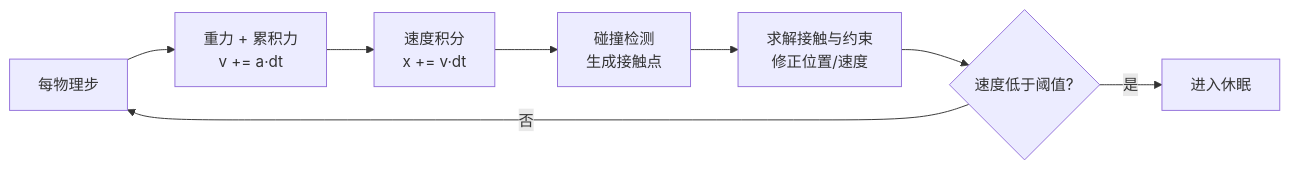
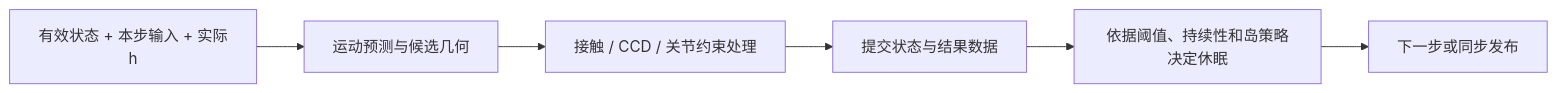
One commit to fantuan812/learning changed the fourth of 5 diagrams in 知识/04-图形动画与物理仿真/物理求解与动力学/01-Chaos物理引擎概览.md. Above: the diagram before and after it, drawn with Mermaid. The commit also changed other lines of this file and 1 other file, not shown here.

````diff
--- a/知识/04-图形动画与物理仿真/物理求解与动力学/01-Chaos物理引擎概览.md
+++ b/知识/04-图形动画与物理仿真/物理求解与动力学/01-Chaos物理引擎概览.md
@@ -190,10 +180,8 @@
 ```mermaid
 flowchart LR
-    A[每物理步] --> B[重力 + 累积力<br/>v += a·dt]
-    B --> C[速度积分<br/>x += v·dt]
-    C --> D[碰撞检测<br/>生成接触点]
-    D --> E[求解接触与约束<br/>修正位置/速度]
-    E --> F{速度低于阈值?}
-    F -- 是 --> G[进入休眠]
-    F -- 否 --> A
+    A["有效状态 + 本步输入 + 实际h"] --> B["运动预测与候选几何"]
+    B --> C["接触 / CCD / 关节约束处理"]
+    C --> D["提交状态与结果数据"]
+    D --> E["依据阈值、持续性和岛策略决定休眠"]
+    E --> F["下一步或同步发布"]
 ```
````
